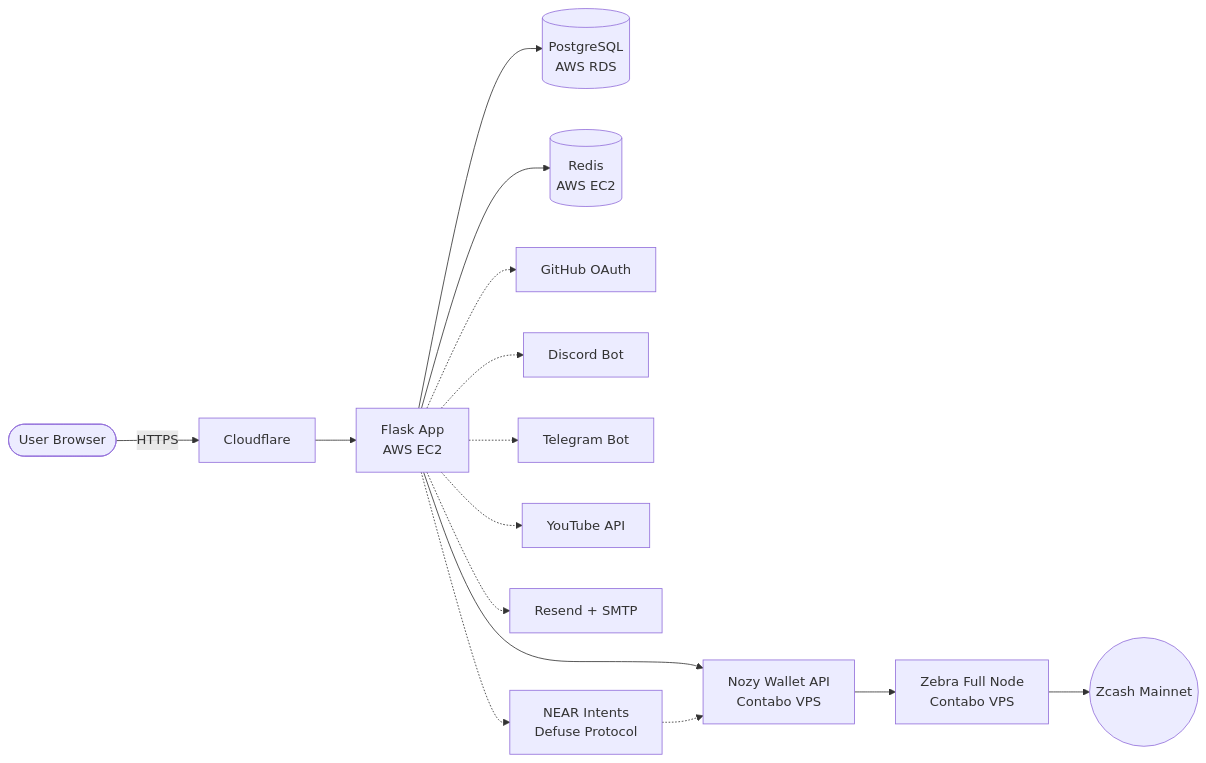
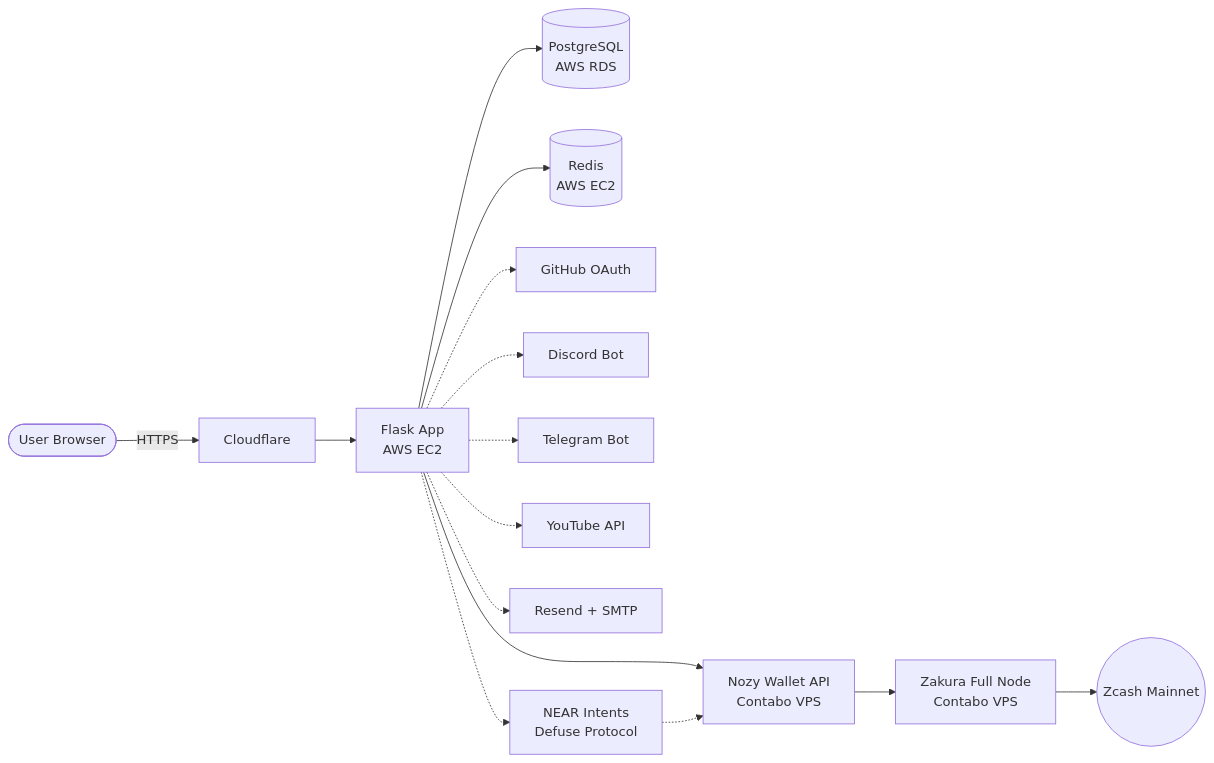
Before and after one commit to gilmorre/gleyo-Zechub-: the diagram in README.md, drawn with Mermaid. The commit also changed other lines of this file, not shown here.

````diff
--- a/README.md
+++ b/README.md
@@ -84,19 +88,19 @@
 ```mermaid
 flowchart LR
     User([User Browser]) -->|HTTPS| CF[Cloudflare]
     CF --> Flask[Flask App<br/>AWS EC2]
 
     Flask --> PG[(PostgreSQL<br/>AWS RDS)]
     Flask --> Redis[(Redis<br/>AWS EC2)]
     Flask --> Nozy[Nozy Wallet API<br/>Contabo VPS]
-    Nozy --> Zebra[Zebra Full Node<br/>Contabo VPS]
-    Zebra --> Mainnet((Zcash Mainnet))
+    Nozy --> Zakura[Zakura Full Node<br/>Contabo VPS]
+    Zakura --> Mainnet((Zcash Mainnet))
 
     Flask -.-> GitHub[GitHub OAuth]
     Flask -.-> Discord[Discord Bot]
     Flask -.-> Telegram[Telegram Bot]
     Flask -.-> YouTube[YouTube API]
     Flask -.-> Email[Resend + SMTP]
     Flask -.-> Defuse[NEAR Intents<br/>Defuse Protocol]
     Defuse -.-> Nozy
 ```
````
